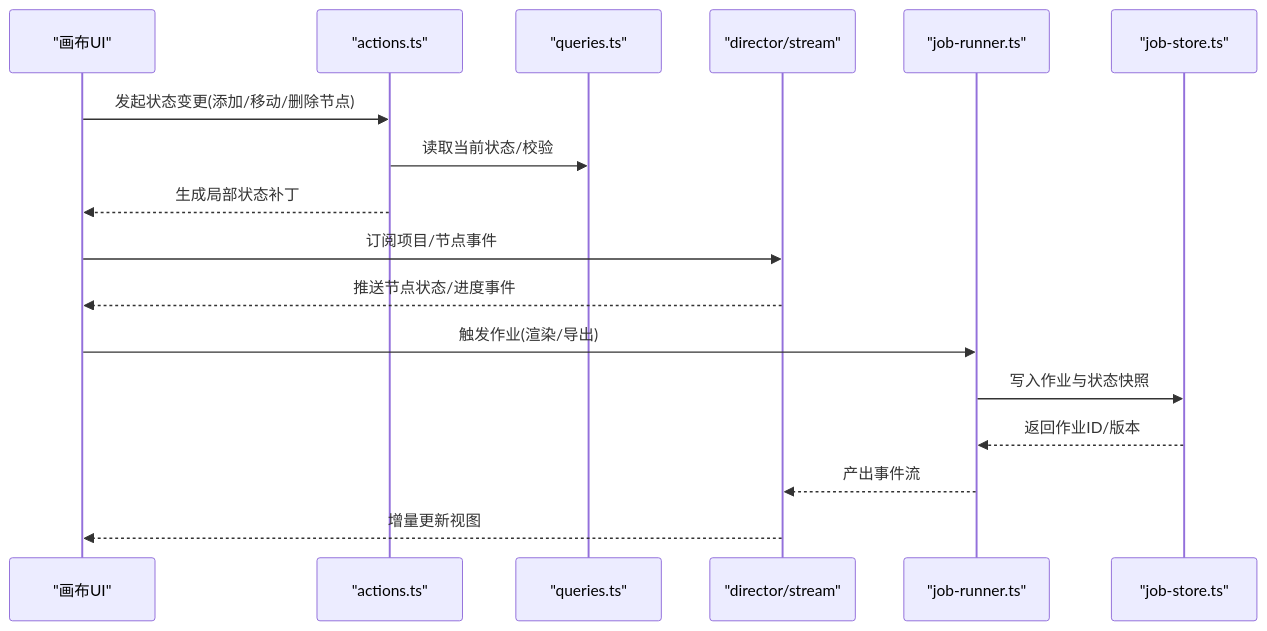
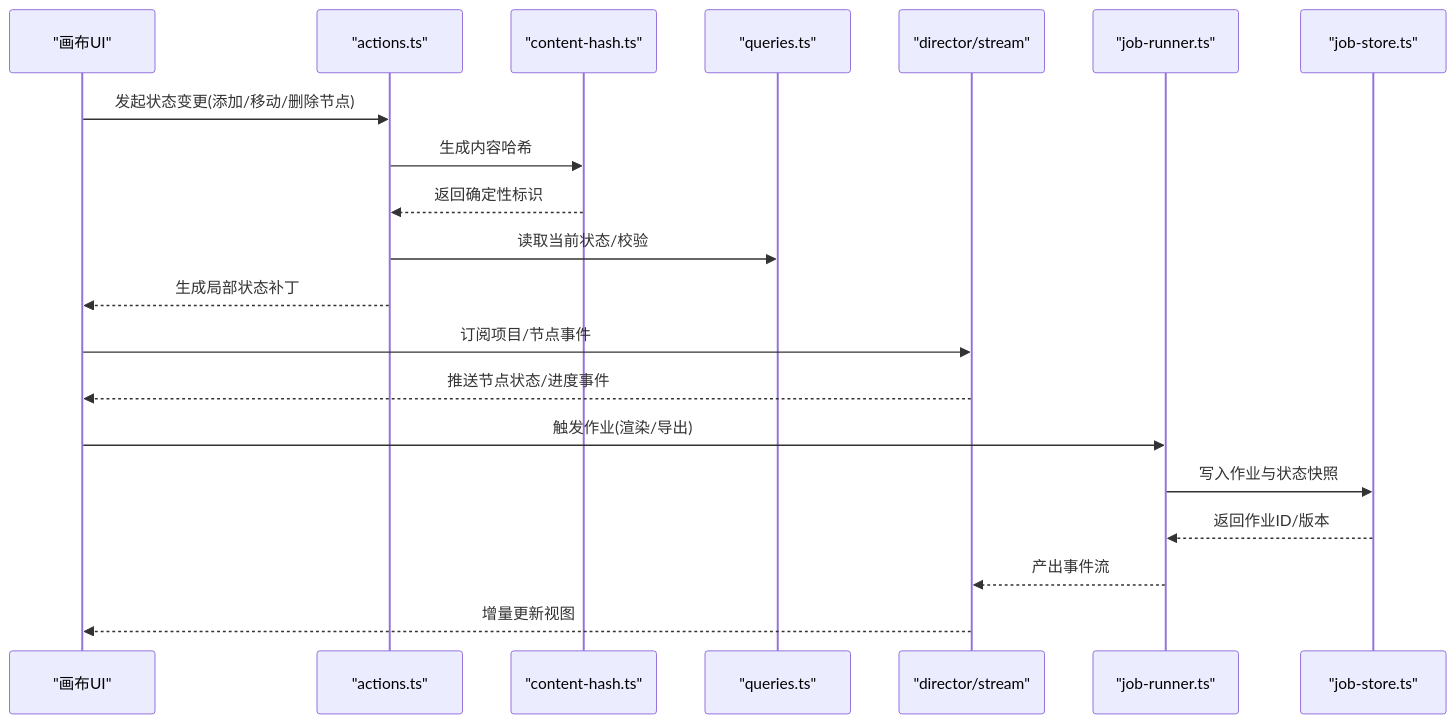
Before and after one commit to scottcwy/PurpleInk: the second of 4 diagrams in .qoder/repowiki/zh/content/画布编辑器/画布状态管理.md, drawn with Mermaid. The commit also changed other lines of this file and 109 other files, not shown here.

````diff
--- a/.qoder/repowiki/zh/content/画布编辑器/画布状态管理.md
+++ b/.qoder/repowiki/zh/content/画布编辑器/画布状态管理.md
@@ -104,19 +119,22 @@
 ```mermaid
 sequenceDiagram
 participant UI as "画布UI"
 participant Actions as "actions.ts"
+participant Hash as "content-hash.ts"
 participant Queries as "queries.ts"
 participant Stream as "director/stream"
 participant Runner as "job-runner.ts"
 participant Store as "job-store.ts"
 UI->>Actions : 发起状态变更(添加/移动/删除节点)
+Actions->>Hash : 生成内容哈希
+Hash-->>Actions : 返回确定性标识
 Actions->>Queries : 读取当前状态/校验
 Actions-->>UI : 生成局部状态补丁
 UI->>Stream : 订阅项目/节点事件
 Stream-->>UI : 推送节点状态/进度事件
 UI->>Runner : 触发作业(渲染/导出)
 Runner->>Store : 写入作业与状态快照
 Store-->>Runner : 返回作业ID/版本
 Runner-->>Stream : 产出事件流
 Stream-->>UI : 增量更新视图
 ```
````
